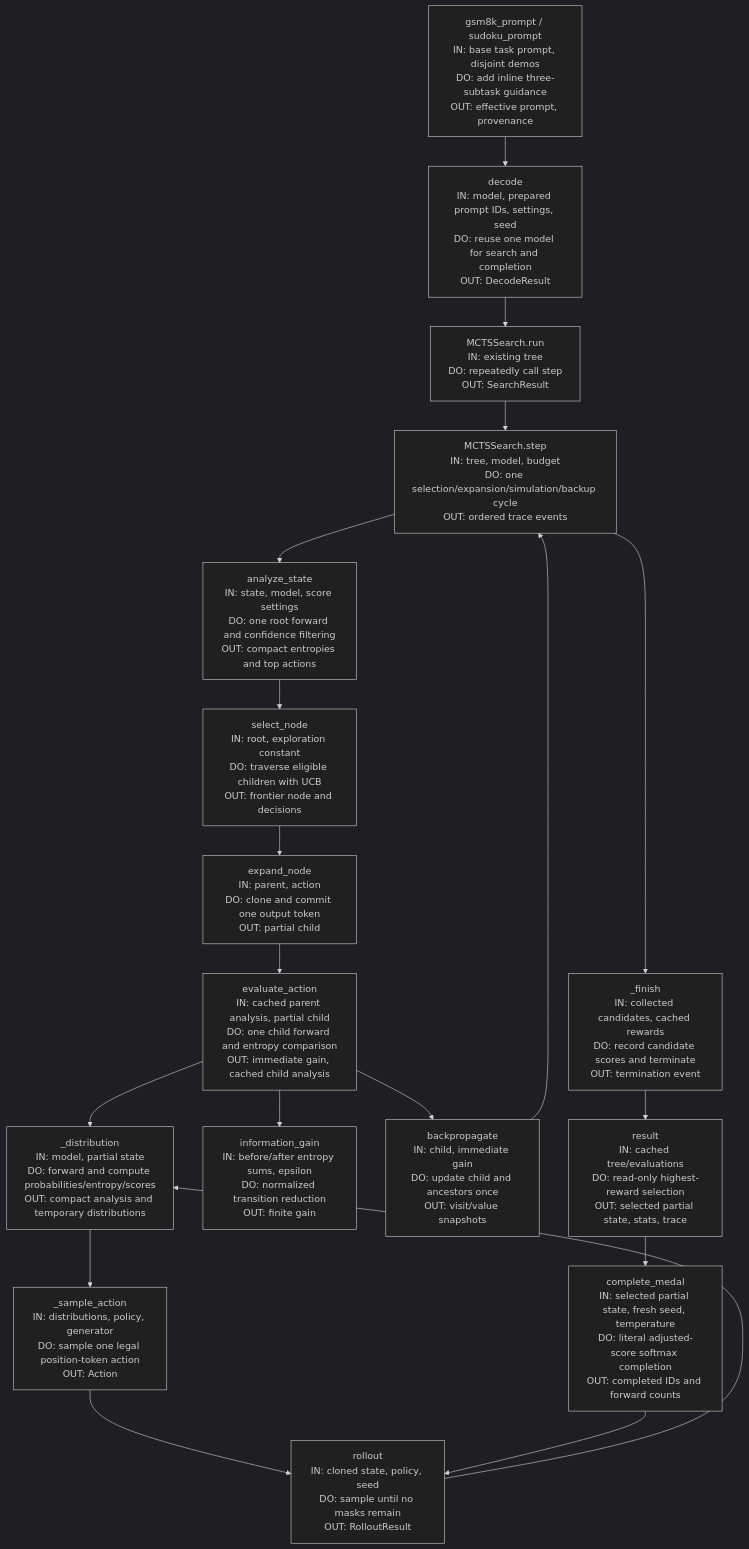
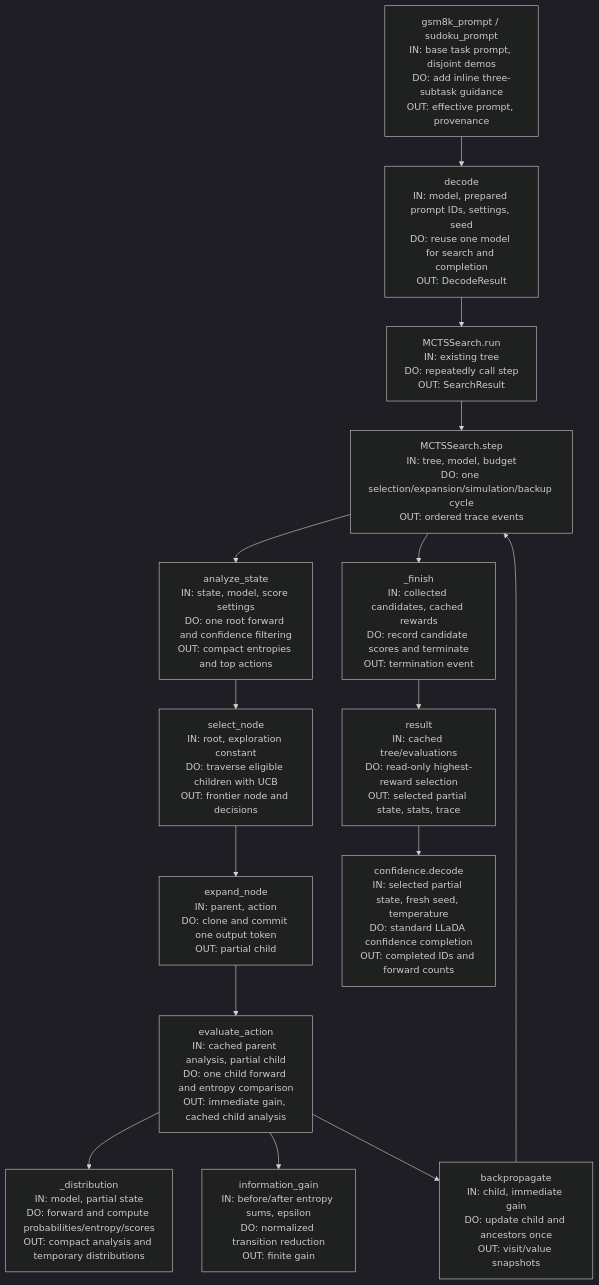
One commit to CooL-Legend/CSCI544-DLM changed the diagram in docs/mcts_walkthrough.md. Above: the diagram before and after it, drawn with Mermaid (dark theme). The commit also changed other lines of this file and 14 other files, not shown here.

Commit message:
Complete MCTS outputs with LLaDA confidence

````diff
--- a/docs/mcts_walkthrough.md
+++ b/docs/mcts_walkthrough.md
@@ -25,27 +25,24 @@
 ```mermaid
 flowchart TD
     P["gsm8k_prompt / sudoku_prompt<br/>IN: base task prompt, disjoint demos<br/>DO: add inline three-subtask guidance<br/>OUT: effective prompt, provenance"]
     D["decode<br/>IN: model, prepared prompt IDs, settings, seed<br/>DO: reuse one model for search and completion<br/>OUT: DecodeResult"]
     R["MCTSSearch.run<br/>IN: existing tree<br/>DO: repeatedly call step<br/>OUT: SearchResult"]
     S["MCTSSearch.step<br/>IN: tree, model, budget<br/>DO: one selection/expansion/simulation/backup cycle<br/>OUT: ordered trace events"]
     A["analyze_state<br/>IN: state, model, score settings<br/>DO: one root forward and confidence filtering<br/>OUT: compact entropies and top actions"]
     U["select_node<br/>IN: root, exploration constant<br/>DO: traverse eligible children with UCB<br/>OUT: frontier node and decisions"]
     E["expand_node<br/>IN: parent, action<br/>DO: clone and commit one output token<br/>OUT: partial child"]
     V["evaluate_action<br/>IN: cached parent analysis, partial child<br/>DO: one child forward and entropy comparison<br/>OUT: immediate gain, cached child analysis"]
-    L["rollout<br/>IN: cloned state, policy, seed<br/>DO: sample until no masks remain<br/>OUT: RolloutResult"]
     F["_distribution<br/>IN: model, partial state<br/>DO: forward and compute probabilities/entropy/scores<br/>OUT: compact analysis and temporary distributions"]
-    T["_sample_action<br/>IN: distributions, policy, generator<br/>DO: sample one legal position-token action<br/>OUT: Action"]
     G["information_gain<br/>IN: before/after entropy sums, epsilon<br/>DO: normalized transition reduction<br/>OUT: finite gain"]
     B["backpropagate<br/>IN: child, immediate gain<br/>DO: update child and ancestors once<br/>OUT: visit/value snapshots"]
     C["_finish<br/>IN: collected candidates, cached rewards<br/>DO: record candidate scores and terminate<br/>OUT: termination event"]
     Q["result<br/>IN: cached tree/evaluations<br/>DO: read-only highest-reward selection<br/>OUT: selected partial state, stats, trace"]
-    M["complete_medal<br/>IN: selected partial state, fresh seed, temperature<br/>DO: literal adjusted-score softmax completion<br/>OUT: completed IDs and forward counts"]
+    M["confidence.decode<br/>IN: selected partial state, fresh seed, temperature<br/>DO: standard LLaDA confidence completion<br/>OUT: completed IDs and forward counts"]
     P --> D --> R --> S
     S --> A --> U --> E --> V
     V --> F
     V --> G
-    L --> F --> T --> L
     V --> B --> S
     S --> C
-    C --> Q --> M --> L
+    C --> Q --> M
 ```
````
